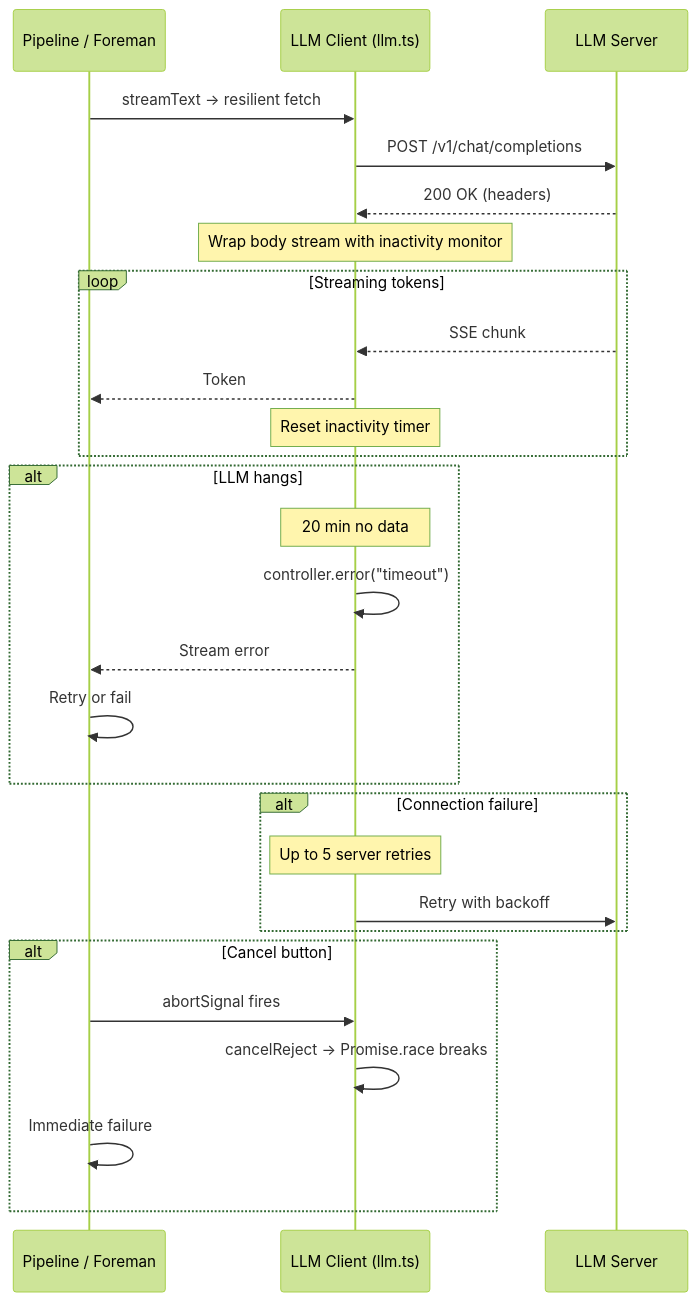
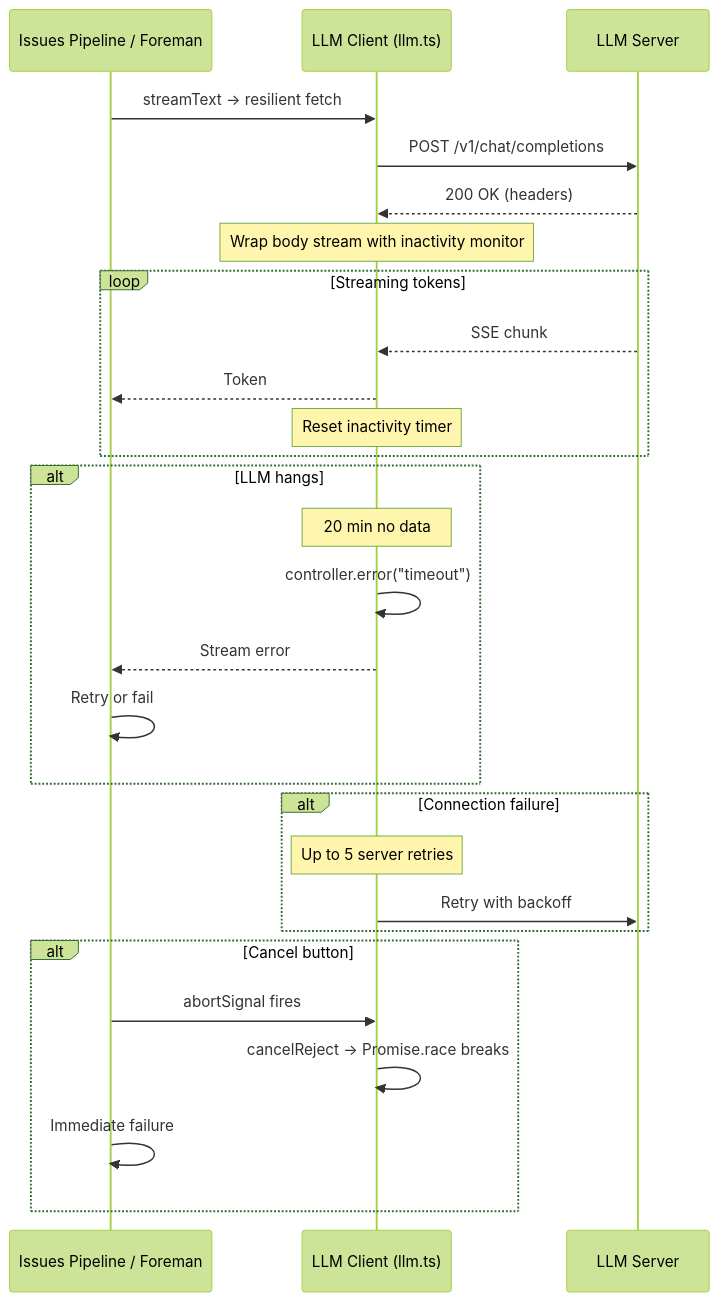
The first of 3 diagrams in docs/architecture/07-resilience.md (reffdev/auto-swe), drawn with Mermaid (forest theme) before and after one commit. The commit also changed other lines of this file and 15 other files, not shown here.

````diff
--- a/docs/architecture/07-resilience.md
+++ b/docs/architecture/07-resilience.md
@@ -5,35 +5,35 @@
 ```mermaid
 sequenceDiagram
-    participant Stage as Pipeline / Foreman
+    participant Stage as Issues Pipeline / Foreman
     participant LLM as LLM Client (llm.ts)
     participant Server as LLM Server
 
     Stage->>LLM: streamText → resilient fetch
     LLM->>Server: POST /v1/chat/completions
     Server-->>LLM: 200 OK (headers)
     Note over LLM: Wrap body stream with inactivity monitor
 
     loop Streaming tokens
         Server-->>LLM: SSE chunk
         LLM-->>Stage: Token
         Note over LLM: Reset inactivity timer
     end
 
     alt LLM hangs
         Note over LLM: 20 min no data
         LLM->>LLM: controller.error("timeout")
         LLM-->>Stage: Stream error
         Stage->>Stage: Retry or fail
     end
 
     alt Connection failure
         Note over LLM: Up to 5 server retries
         LLM->>Server: Retry with backoff
     end
 
     alt Cancel button
         Stage->>LLM: abortSignal fires
         LLM->>LLM: cancelReject → Promise.race breaks
         Stage->>Stage: Immediate failure
     end
 ```
````
